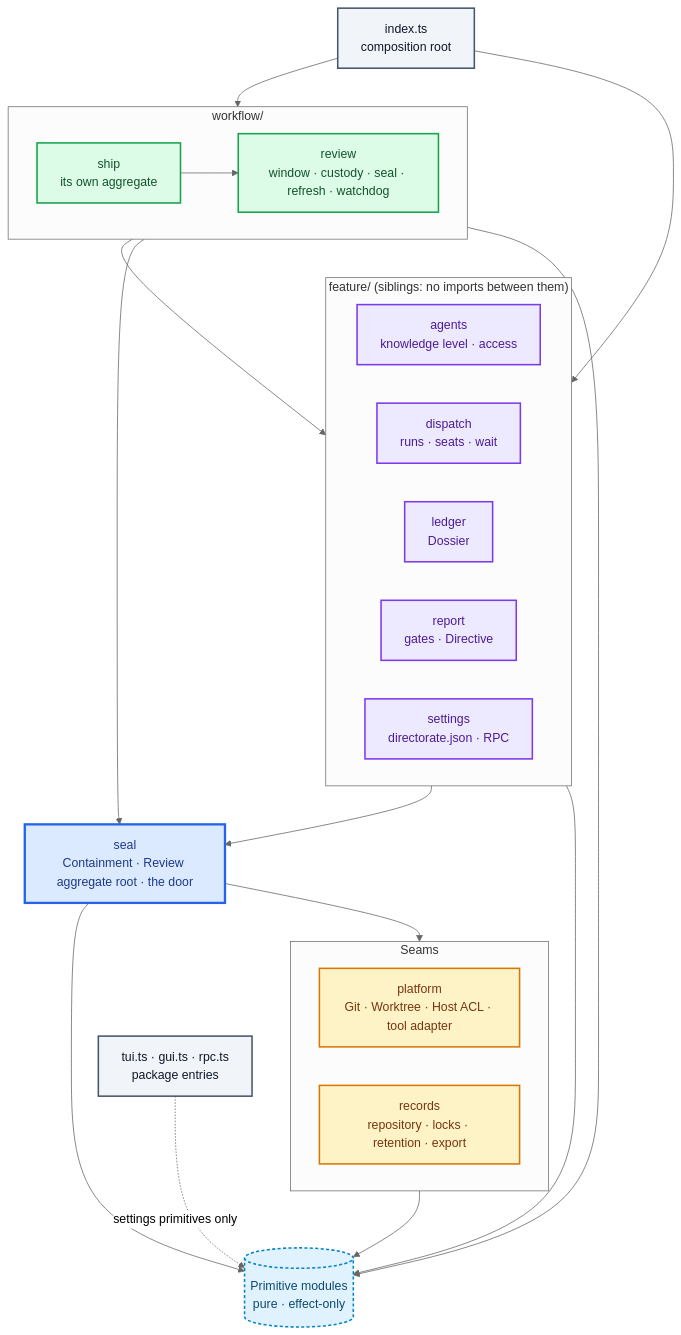
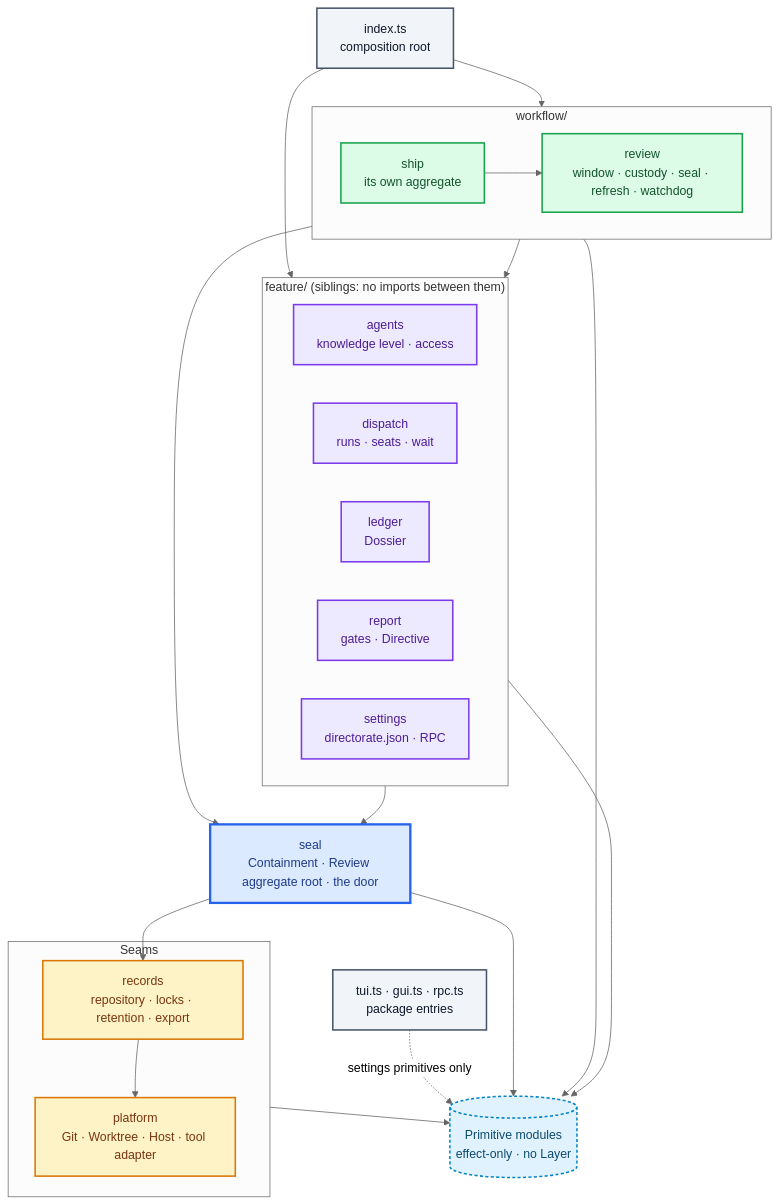
The diagram in packages/opencode-directorate/ARCHITECTURE.md (RyanCallahan312/directorate), drawn with Mermaid (neutral theme) before and after one commit. The commit also changed other lines of this file and 3 other files, not shown here.

First line of the commit message:
docs(directorate): describe the finished slice architecture

````diff
--- a/packages/opencode-directorate/ARCHITECTURE.md
+++ b/packages/opencode-directorate/ARCHITECTURE.md
@@ -68,49 +72,50 @@
 ```mermaid
 flowchart TB
     root["index.ts<br/>composition root"]
     pkg["tui.ts · gui.ts · rpc.ts<br/>package entries"]
 
     subgraph workflow["workflow/"]
+        ship["ship<br/>its own aggregate"]
         review["review<br/>window · custody · seal · refresh · watchdog"]
-        ship["ship<br/>its own aggregate"]
     end
 
     subgraph feature["feature/ (siblings: no imports between them)"]
         agents["agents<br/>knowledge level · access"]
         dispatch["dispatch<br/>runs · seats · wait"]
         ledger["ledger<br/>Dossier"]
         report["report<br/>gates · Directive"]
         settings["settings<br/>directorate.json · RPC"]
     end
 
     seal["seal<br/>Containment · Review aggregate root · the door"]
 
     subgraph seams["Seams"]
-        platform["platform<br/>Git · Worktree · Host ACL · tool adapter"]
         records["records<br/>repository · locks · retention · export"]
+        platform["platform<br/>Git · Worktree · Host · tool adapter"]
     end
 
-    prims[("Primitive modules<br/>pure · effect-only")]
+    prims[("Primitive modules<br/>effect-only · no Layer")]
 
     root --> workflow & feature
     pkg -. "settings primitives only" .-> prims
     ship --> review
     workflow --> feature
     workflow & feature --> seal
-    seal --> seams
+    seal --> records
+    records --> platform
     workflow & feature & seal & seams --> prims
 
     classDef rootC fill:#f1f5f9,stroke:#475569,stroke-width:2px,color:#0f172a
     classDef flowC fill:#dcfce7,stroke:#16a34a,stroke-width:2px,color:#14532d
     classDef featC fill:#ede9fe,stroke:#7c3aed,stroke-width:2px,color:#4c1d95
     classDef aggC fill:#dbeafe,stroke:#2563eb,stroke-width:3px,color:#1e3a8a
     classDef seamC fill:#fef3c7,stroke:#d97706,stroke-width:2px,color:#78350f
     classDef primC fill:#e0f2fe,stroke:#0284c7,stroke-width:2px,stroke-dasharray:4 3,color:#0c4a6e
 
     class root,pkg rootC
     class review,ship flowC
     class agents,dispatch,ledger,report,settings featC
     class seal aggC
     class platform,records seamC
     class prims primC
 ```
````
